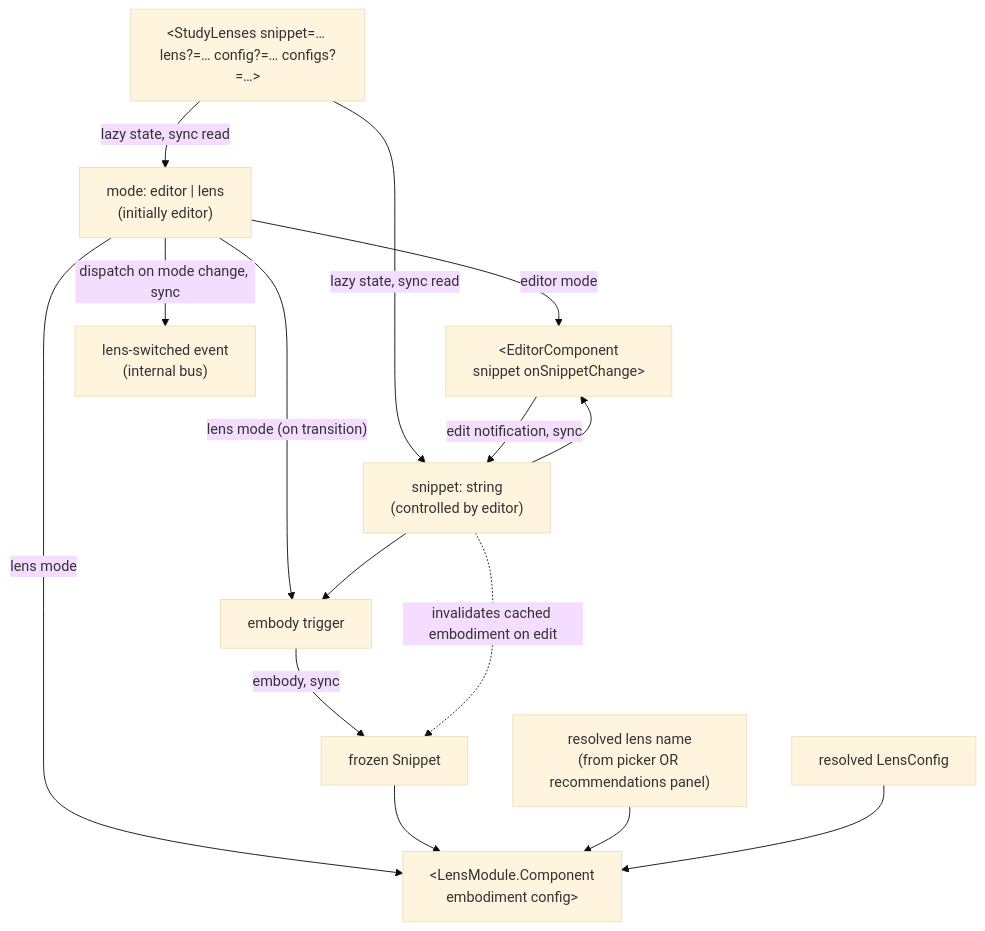
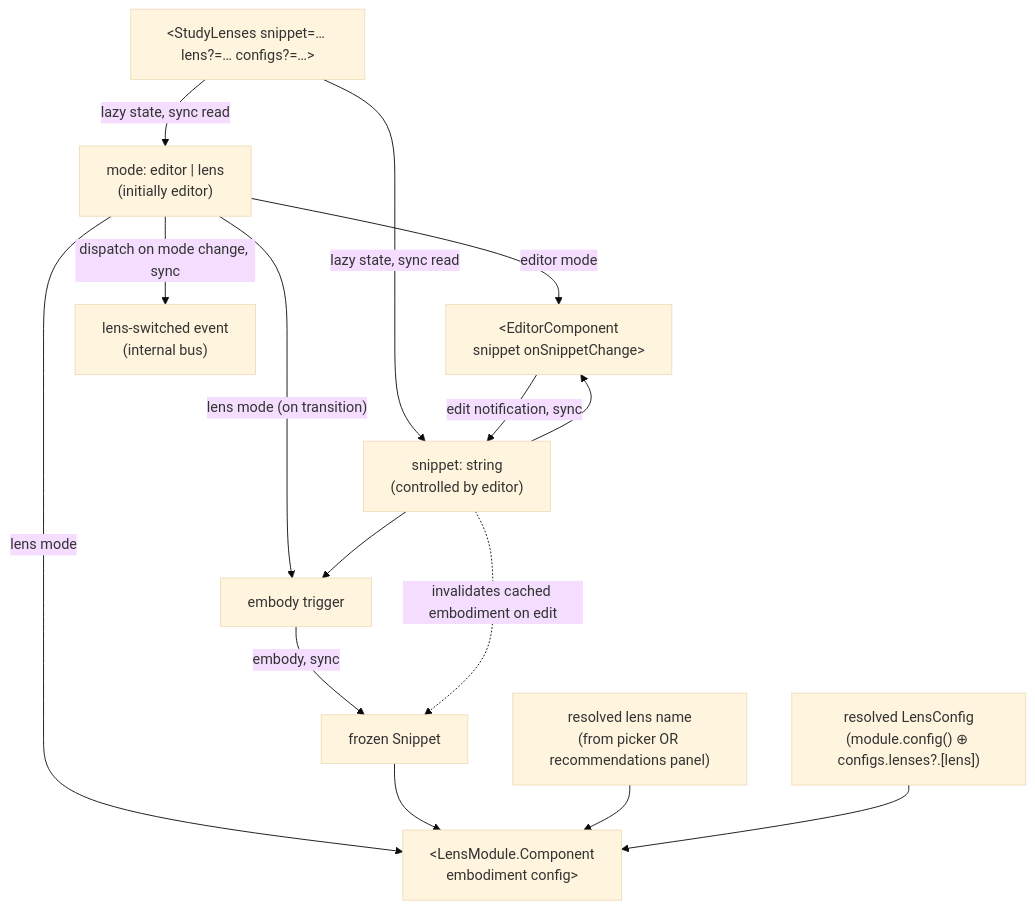
Before and after one commit to codeschoolinabox/curricula: the third of 4 diagrams in src/lib/welcome-to-programming/just-enough/javascript/orchestrate/DOCS.md, drawn with Mermaid (base theme). The commit also changed other lines of this file and 13 other files, not shown here.

First line of the commit message:
refactor: 3-prop emission contract — configs absorbs config (B re-shape)

````diff
--- a/src/lib/welcome-to-programming/just-enough/javascript/orchestrate/DOCS.md
+++ b/src/lib/welcome-to-programming/just-enough/javascript/orchestrate/DOCS.md
@@ -211,24 +211,24 @@
 ```mermaid
 flowchart TD
-    Props["&lt;StudyLenses snippet=… lens?=… config?=… configs?=…&gt;"]
+    Props["&lt;StudyLenses snippet=… lens?=… configs?=…&gt;"]
 
     Props -->|"lazy state, sync read"| Mode["mode: editor | lens<br/>(initially editor)"]
     Props -->|"lazy state, sync read"| SnippetState["snippet: string<br/>(controlled by editor)"]
 
     Mode -->|"editor mode"| EditorMount["&lt;EditorComponent<br/>snippet onSnippetChange&gt;"]
     SnippetState --> EditorMount
     EditorMount -->|"edit notification, sync"| SnippetState
 
     Mode -->|"lens mode (on transition)"| EmbodyTrigger["embody trigger"]
     SnippetState --> EmbodyTrigger
     EmbodyTrigger -->|"embody, sync"| Embodiment["frozen Snippet"]
 
     Mode -->|"lens mode"| LensMount["&lt;LensModule.Component<br/>embodiment config&gt;"]
     Embodiment --> LensMount
     LensProp["resolved lens name<br/>(from picker OR recommendations panel)"] --> LensMount
-    ConfigProp["resolved LensConfig"] --> LensMount
+    ResolvedConfig["resolved LensConfig<br/>(module.config() ⊕ configs.lenses?.[lens])"] --> LensMount
 
     Mode -->|"dispatch on mode change, sync"| InternalBus["lens-switched event<br/>(internal bus)"]
 
     SnippetState -.invalidates cached embodiment on edit.-> Embodiment
 ```
````
